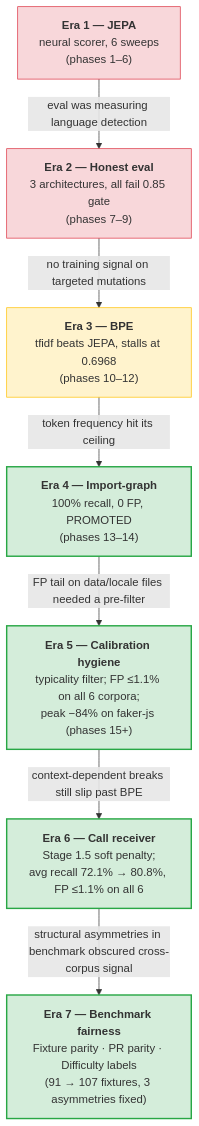
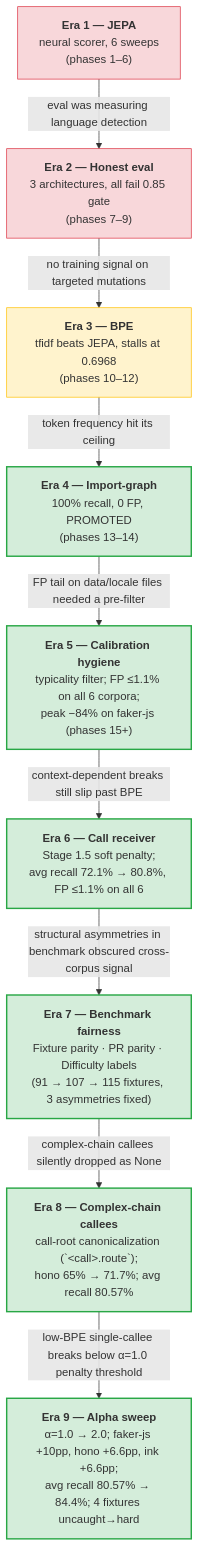
Before and after one commit to get-tmonier/argot: the first of 9 diagrams in docs/research/README.md, drawn with Mermaid. The commit also changed other lines of this file and 1 other file, not shown here.

First line of the commit message:
docs: add era 8 and era 9 to research README and root README (#30)

````diff
--- a/docs/research/README.md
+++ b/docs/research/README.md
@@ -20,25 +20,31 @@
 ```mermaid
 flowchart TD
     E1["<b>Era 1 — JEPA</b><br/>neural scorer, 6 sweeps<br/>(phases 1–6)"]
     E2["<b>Era 2 — Honest eval</b><br/>3 architectures, all fail 0.85 gate<br/>(phases 7–9)"]
     E3["<b>Era 3 — BPE</b><br/>tfidf beats JEPA, stalls at 0.6968<br/>(phases 10–12)"]
     E4["<b>Era 4 — Import-graph</b><br/>100% recall, 0 FP, PROMOTED<br/>(phases 13–14)"]
     E5["<b>Era 5 — Calibration hygiene</b><br/>typicality filter; FP ≤1.1% on all 6 corpora;<br/>peak −84% on faker-js (phases 15+)"]
     E6["<b>Era 6 — Call receiver</b><br/>Stage 1.5 soft penalty;<br/>avg recall 72.1% → 80.8%, FP ≤1.1% on all 6"]
-    E7["<b>Era 7 — Benchmark fairness</b><br/>Fixture parity · PR parity · Difficulty labels<br/>(91 → 107 fixtures, 3 asymmetries fixed)"]
+    E7["<b>Era 7 — Benchmark fairness</b><br/>Fixture parity · PR parity · Difficulty labels<br/>(91 → 107 → 115 fixtures, 3 asymmetries fixed)"]
+    E8["<b>Era 8 — Complex-chain callees</b><br/>call-root canonicalization (`&lt;call&gt;.route`);<br/>hono 65% → 71.7%; avg recall 80.57%"]
+    E9["<b>Era 9 — Alpha sweep</b><br/>α=1.0 → 2.0; faker-js +10pp, hono +6.6pp, ink +6.6pp;<br/>avg recall 80.57% → 84.4%; 4 fixtures uncaught→hard"]
 
     E1 -->|"eval was measuring language detection"| E2
     E2 -->|"no training signal on targeted mutations"| E3
     E3 -->|"token frequency hit its ceiling"| E4
     E4 -->|"FP tail on data/locale files needed a pre-filter"| E5
     E5 -->|"context-dependent breaks still slip past BPE"| E6
     E6 -->|"structural asymmetries in benchmark obscured cross-corpus signal"| E7
+    E7 -->|"complex-chain callees silently dropped as None"| E8
+    E8 -->|"low-BPE single-callee breaks below α=1.0 penalty threshold"| E9
 
     style E1 fill:#f8d7da,stroke:#dc3545
     style E2 fill:#f8d7da,stroke:#dc3545
     style E3 fill:#fff3cd,stroke:#ffc107
     style E4 fill:#d4edda,stroke:#28a745,stroke-width:2px
     style E5 fill:#d4edda,stroke:#28a745,stroke-width:2px
     style E6 fill:#d4edda,stroke:#28a745,stroke-width:2px
     style E7 fill:#d4edda,stroke:#28a745,stroke-width:2px
+    style E8 fill:#d4edda,stroke:#28a745,stroke-width:2px
+    style E9 fill:#d4edda,stroke:#28a745,stroke-width:2px
 ```
````
